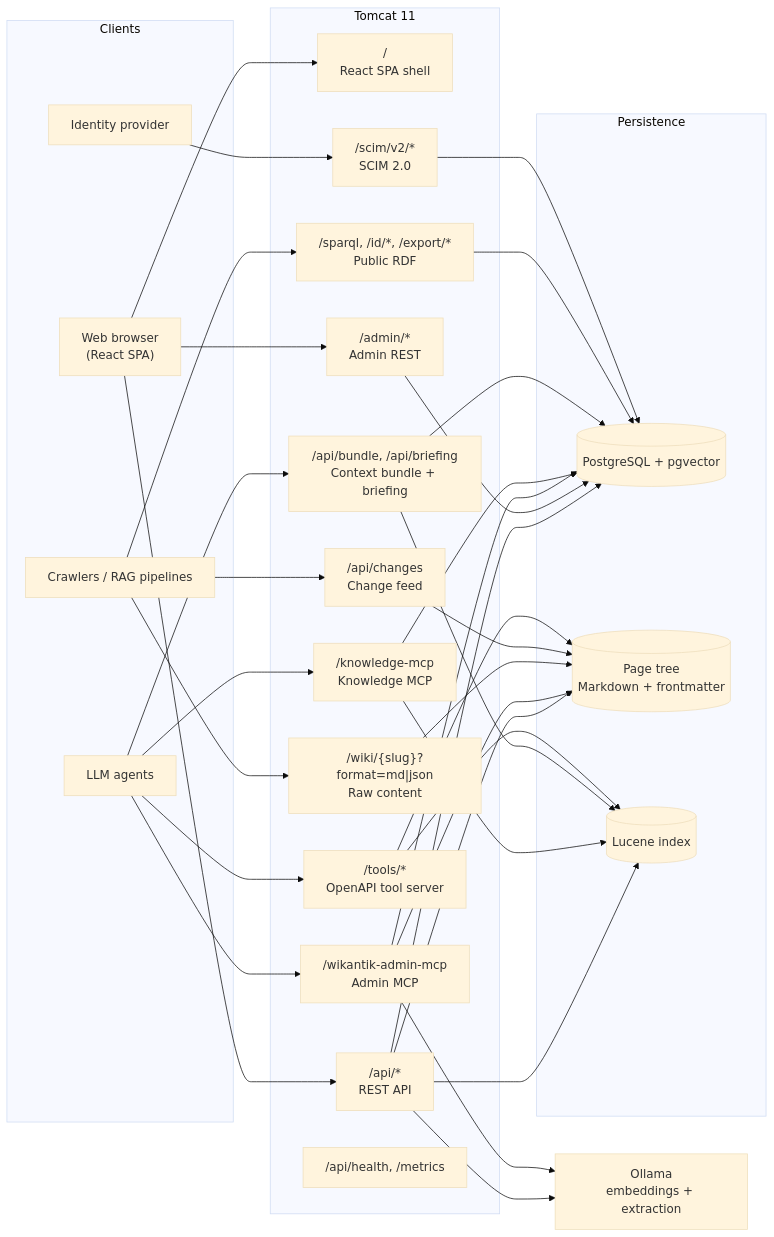
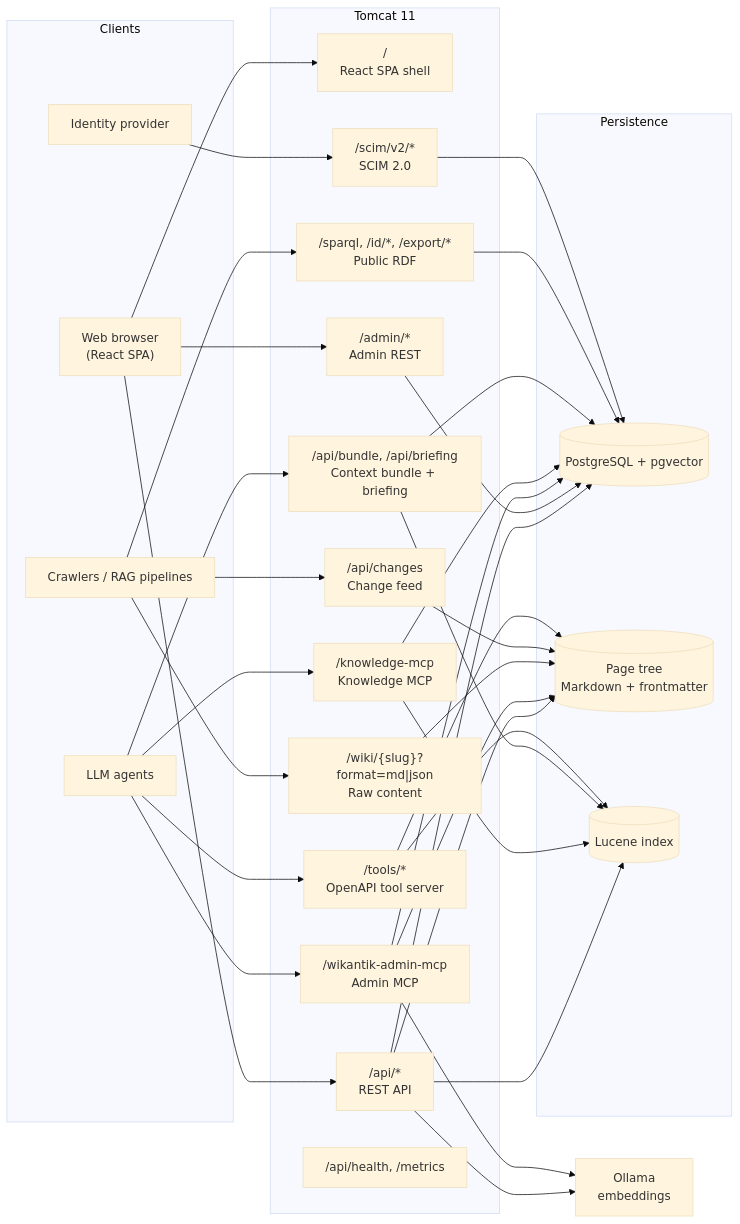
The diagram in README.md (jakefearsd/wikantik), drawn with Mermaid (base theme) before and after one commit. The commit also changed other lines of this file and 42 other files, not shown here.

First line of the commit message:
docs: accuracy + density pass after KG removal; robots.txt stops blocking the removed /knowledge-graph route

````diff
--- a/README.md
+++ b/README.md
@@ -59,64 +59,64 @@
 ```mermaid
 flowchart LR
     subgraph clients [Clients]
         Browser["Web browser<br/>(React SPA)"]
         Agent["LLM agents"]
         Crawler["Crawlers / RAG pipelines"]
         IdP["Identity provider"]
     end
 
     subgraph tomcat [Tomcat 11]
         SPA["/<br/>React SPA shell"]
         REST["/api/*<br/>REST API"]
         Admin["/admin/*<br/>Admin REST"]
         Raw["/wiki/{slug}?format=md|json<br/>Raw content"]
         Changes["/api/changes<br/>Change feed"]
         Bundle["/api/bundle, /api/briefing<br/>Context bundle + briefing"]
         AdminMCP["/wikantik-admin-mcp<br/>Admin MCP"]
         KnowMCP["/knowledge-mcp<br/>Knowledge MCP"]
         Tools["/tools/*<br/>OpenAPI tool server"]
         RDF["/sparql, /id/*, /export/*<br/>Public RDF"]
         Scim["/scim/v2/*<br/>SCIM 2.0"]
         Health["/api/health, /metrics"]
     end
 
     subgraph data [Persistence]
         PG[("PostgreSQL + pgvector")]
         Pages[("Page tree<br/>Markdown + frontmatter")]
         Lucene[("Lucene index")]
     end
 
-    Ollama["Ollama<br/>embeddings + extraction"]
+    Ollama["Ollama<br/>embeddings"]
 
     Browser --> SPA
     Browser --> REST
     Browser --> Admin
     Crawler --> Raw
     Crawler --> Changes
     Crawler --> RDF
     Agent --> AdminMCP
     Agent --> KnowMCP
     Agent --> Tools
     Agent --> Bundle
     IdP --> Scim
 
     REST --> PG
     REST --> Pages
     REST --> Lucene
     Admin --> PG
     AdminMCP --> PG
     AdminMCP --> Pages
     KnowMCP --> PG
     KnowMCP --> Lucene
     Bundle --> PG
     Bundle --> Lucene
     RDF --> PG
     Raw --> Pages
     Changes --> Pages
     Tools --> Pages
     Tools --> Lucene
     Scim --> PG
 
     REST --> Ollama
     AdminMCP --> Ollama
 ```
````
